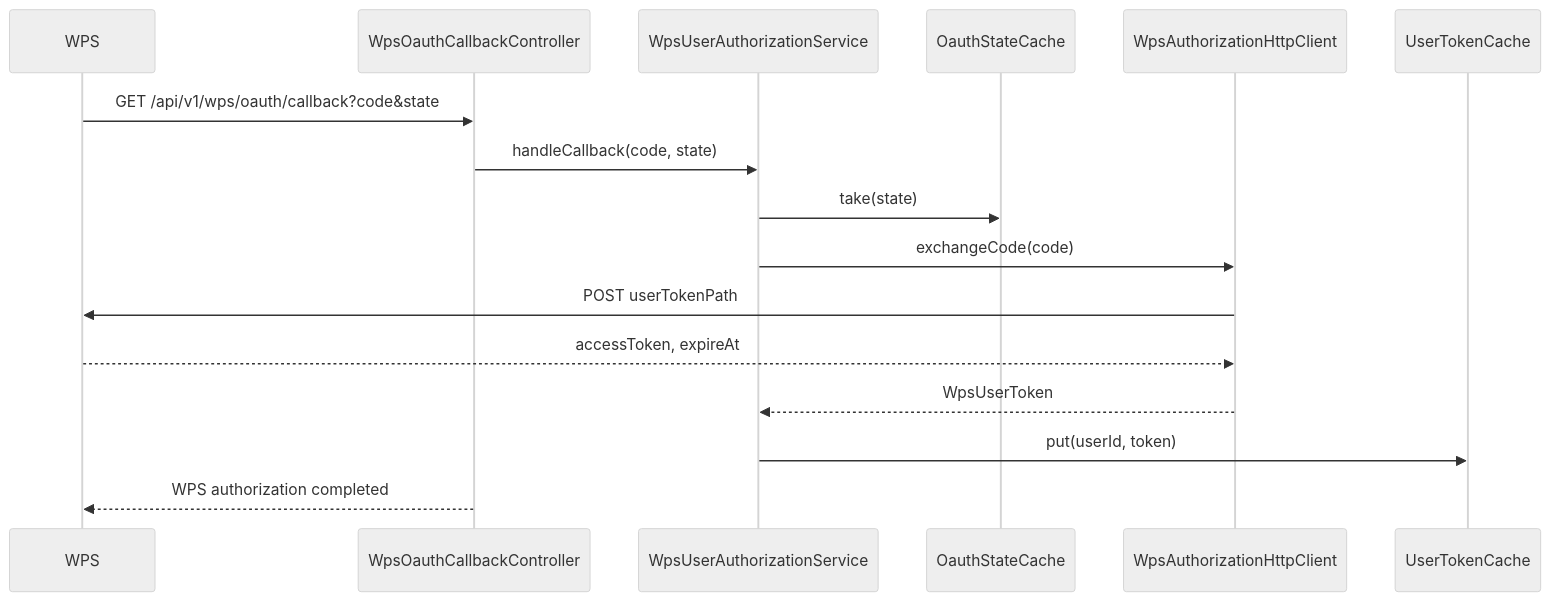
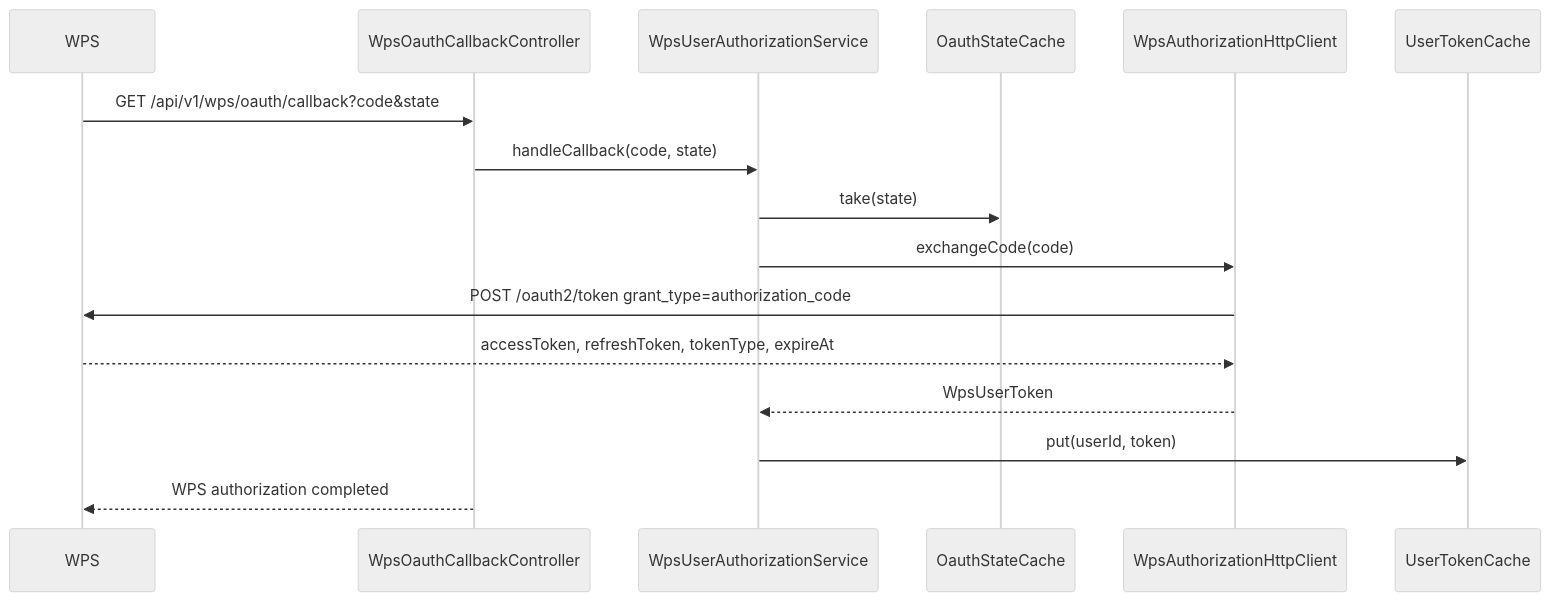
One commit to a1351995160/yungateway-minimal-token-wps changed the sixth of 6 diagrams in docs/core-flows.zh-CN.md. Above: the diagram before and after it, drawn with Mermaid (neutral theme). The commit also changed other lines of this file and 116 other files, not shown here.

````diff
--- a/docs/core-flows.zh-CN.md
+++ b/docs/core-flows.zh-CN.md
@@ -137,19 +177,19 @@
 ```mermaid
 sequenceDiagram
     participant W as WPS
     participant C as WpsOauthCallbackController
     participant S as WpsUserAuthorizationService
     participant State as OauthStateCache
     participant Client as WpsAuthorizationHttpClient
     participant Token as UserTokenCache
 
     W->>C: GET /api/v1/wps/oauth/callback?code&state
     C->>S: handleCallback(code, state)
     S->>State: take(state)
     S->>Client: exchangeCode(code)
-    Client->>W: POST userTokenPath
-    W-->>Client: accessToken, expireAt
+    Client->>W: POST /oauth2/token grant_type=authorization_code
+    W-->>Client: accessToken, refreshToken, tokenType, expireAt
     Client-->>S: WpsUserToken
     S->>Token: put(userId, token)
     C-->>W: WPS authorization completed
 ```
````
